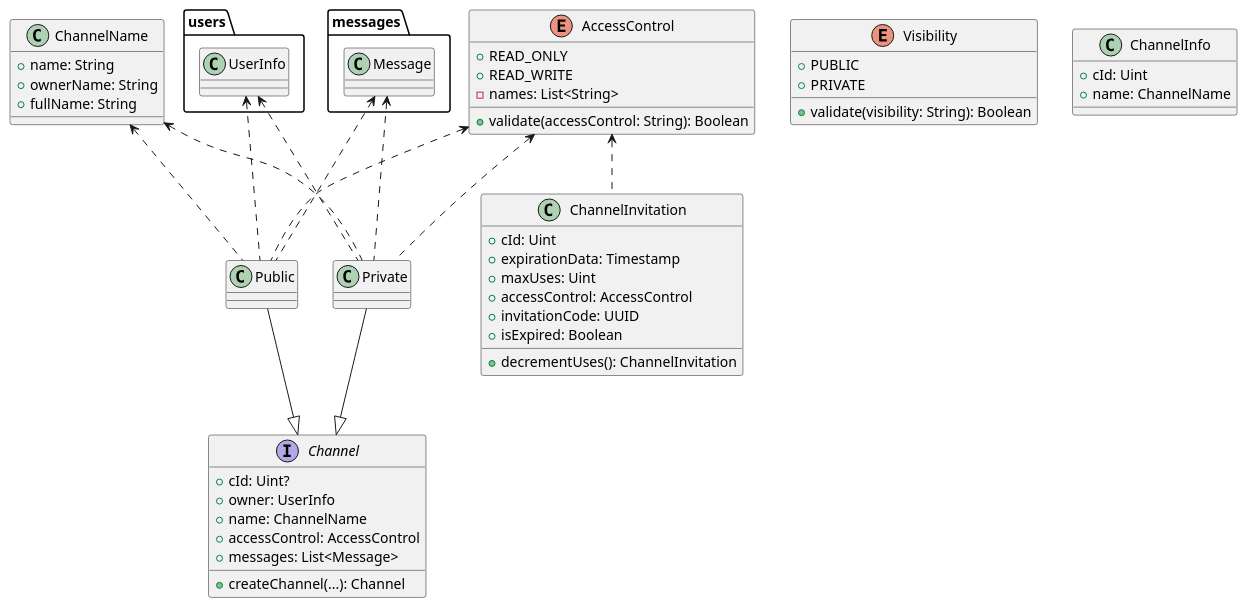
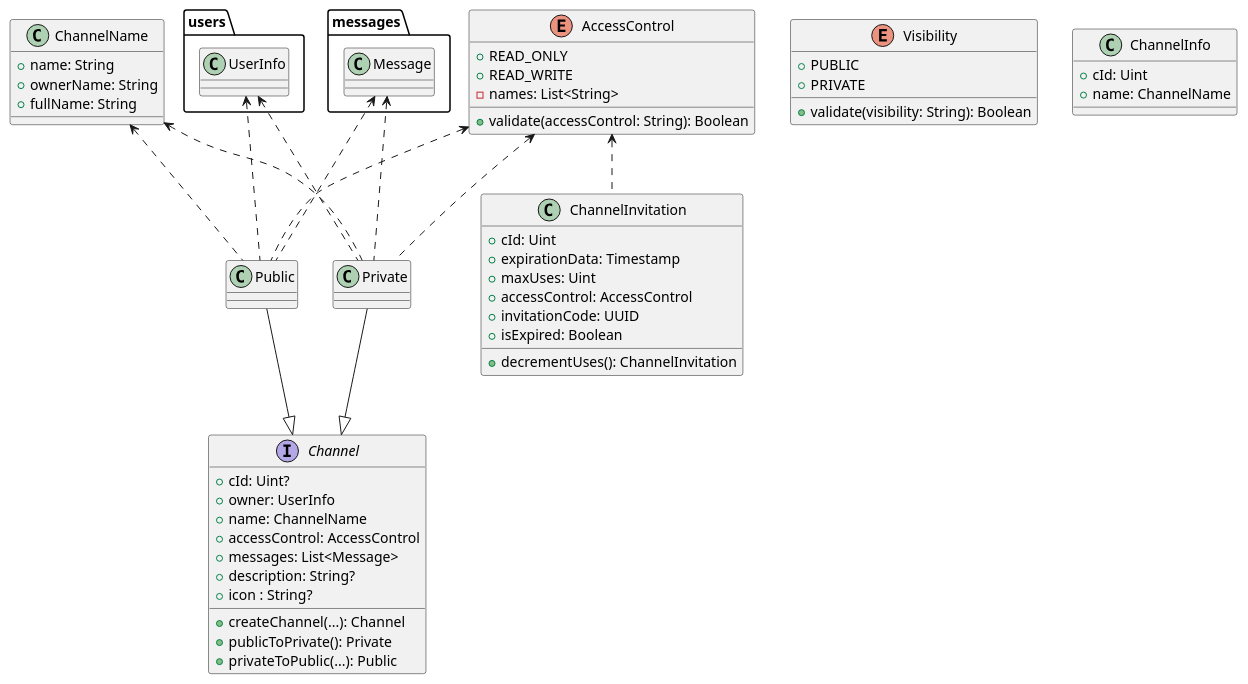
Before and after one commit to Brgm37/Multi-user-Instant-Messaging-system: the diagram in code/jvm/domain/src/main/kotlin/model/channels/ChannelsUml.puml, drawn with PlantUML. The commit also changed 2 other files, not shown here.

```diff
--- a/code/jvm/domain/src/main/kotlin/model/channels/ChannelsUml.puml
+++ b/code/jvm/domain/src/main/kotlin/model/channels/ChannelsUml.puml
@@ -1,74 +1,78 @@
 @startuml
 interface Channel
 {
     + cId: Uint?
     + owner: UserInfo
     + name: ChannelName
     + accessControl: AccessControl
     + messages: List<Message>
+    + description: String?
+    + icon : String?
     + createChannel(...): Channel
+    + publicToPrivate(): Private
+    + privateToPublic(...): Public
 }
 
 namespace users {
     class UserInfo
 }
 
 namespace messages {
     class Message
 }
 
 class Public
 class Private
 
 class ChannelName
 {
     + name: String
     + ownerName: String
     + fullName: String
 }
 
 enum AccessControl
 {
     + READ_ONLY
     + READ_WRITE
     - names: List<String>
     + validate(accessControl: String): Boolean
 }
 
 enum Visibility
 {
     + PUBLIC
     + PRIVATE
     + validate(visibility: String): Boolean
 }
 
 class ChannelInfo
 {
     + cId: Uint
     + name: ChannelName
 }
 
 class ChannelInvitation
 {
     + cId: Uint
     + expirationData: Timestamp
     + maxUses: Uint
     + accessControl: AccessControl
     + invitationCode: UUID
     + isExpired: Boolean
     + decrementUses(): ChannelInvitation
 }
 
 Public --|> Channel
 Private --|> Channel
 
 ChannelName <.. Public
 ChannelName <.. Private
 AccessControl <.. Public
 AccessControl <.. Private
 UserInfo <.. Public
 UserInfo <.. Private
 Message <.. Public
 Message <.. Private
 AccessControl <.. ChannelInvitation
 @enduml
```
